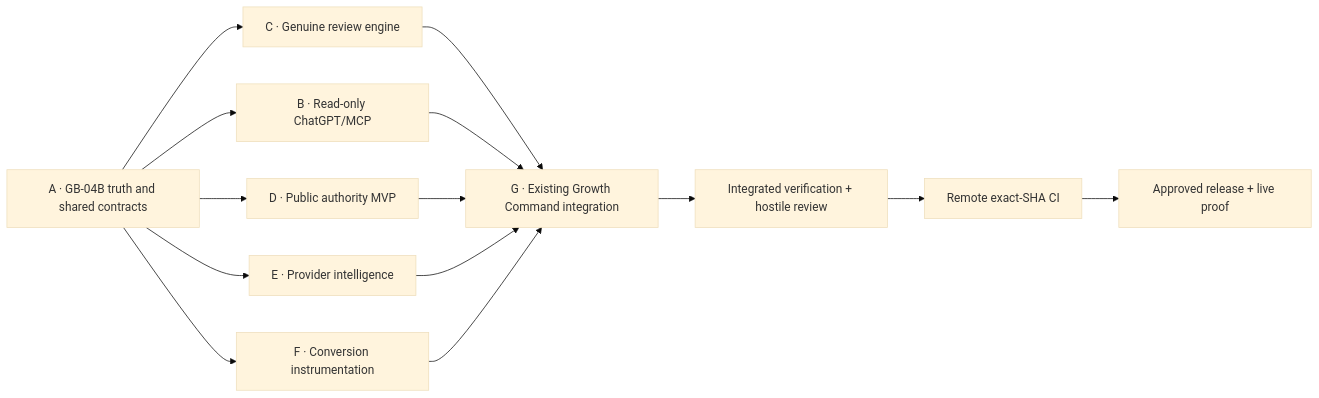
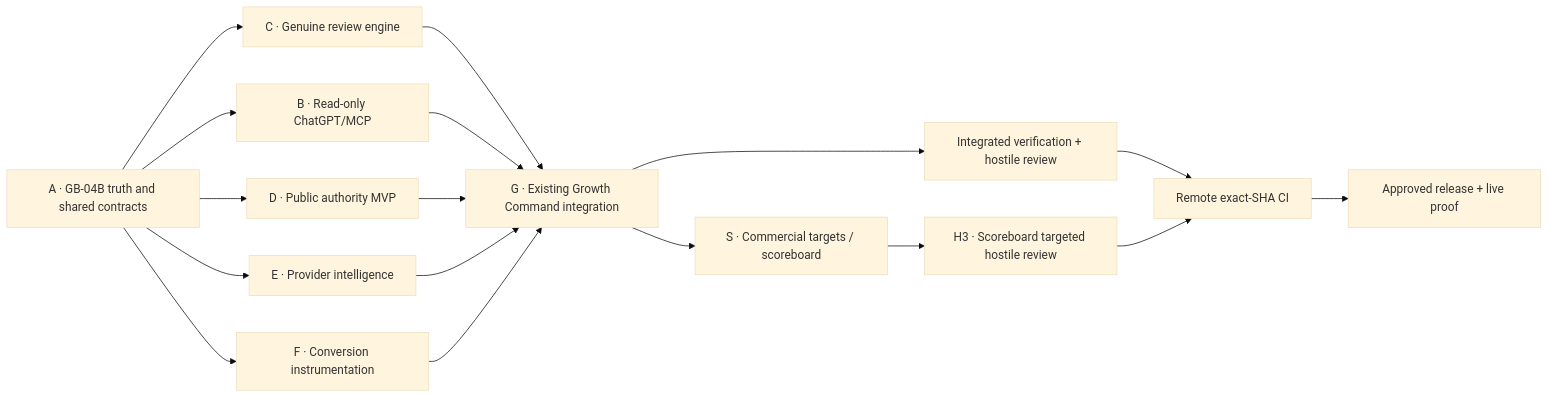
Before and after one commit to mintvaultuk-byte/mintvault-platform: the diagram in docs/growth-command/completion-night/03_WORK_PACKAGE_DAG.md, drawn with Mermaid (base theme). The commit also changed other lines of this file and 6 other files, not shown here.

Commit message:
chore(growth): authorize commercial scoreboard addendum

````diff
--- a/docs/growth-command/completion-night/03_WORK_PACKAGE_DAG.md
+++ b/docs/growth-command/completion-night/03_WORK_PACKAGE_DAG.md
@@ -3,16 +3,19 @@
 ```mermaid
 flowchart LR
   A["A · GB-04B truth and shared contracts"] --> B["B · Read-only ChatGPT/MCP"]
   A --> C["C · Genuine review engine"]
   A --> E["E · Provider intelligence"]
   A --> F["F · Conversion instrumentation"]
   A --> D["D · Public authority MVP"]
   C --> G["G · Existing Growth Command integration"]
   B --> G
   D --> G
   E --> G
   F --> G
   G --> H["Integrated verification + hostile review"]
+  G --> S["S · Commercial targets / scoreboard"]
+  S --> H3["H3 · Scoreboard targeted hostile review"]
   H --> I["Remote exact-SHA CI"]
+  H3 --> I
   I --> J["Approved release + live proof"]
 ```
````
